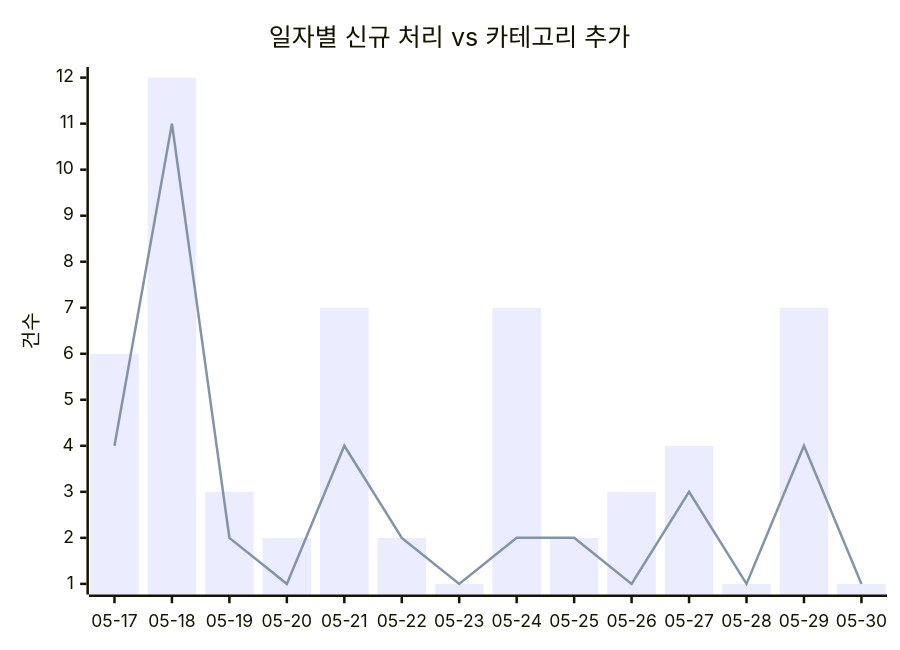
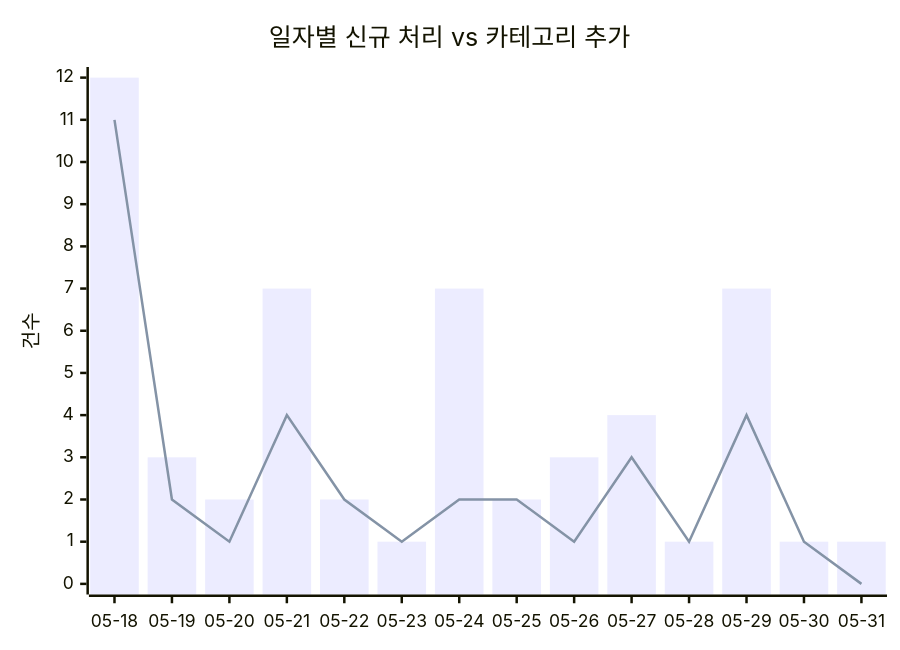
One commit to J-nowcow/awesome-korean-agent-skills changed the first of 2 diagrams in docs/trends.md. Above: the diagram before and after it, drawn with Mermaid. The commit also changed other lines of this file and 2 other files, not shown here.

````diff
--- a/docs/trends.md
+++ b/docs/trends.md
@@ -32,8 +32,8 @@
 ```mermaid
 xychart-beta
     title "일자별 신규 처리 vs 카테고리 추가"
-    x-axis ["05-17","05-18","05-19","05-20","05-21","05-22","05-23","05-24","05-25","05-26","05-27","05-28","05-29","05-30"]
+    x-axis ["05-18","05-19","05-20","05-21","05-22","05-23","05-24","05-25","05-26","05-27","05-28","05-29","05-30","05-31"]
     y-axis "건수"
-    bar [6,12,3,2,7,2,1,7,2,3,4,1,7,1]
-    line [4,11,2,1,4,2,1,2,2,1,3,1,4,1]
+    bar [12,3,2,7,2,1,7,2,3,4,1,7,1,1]
+    line [11,2,1,4,2,1,2,2,1,3,1,4,1,0]
 ```
````
